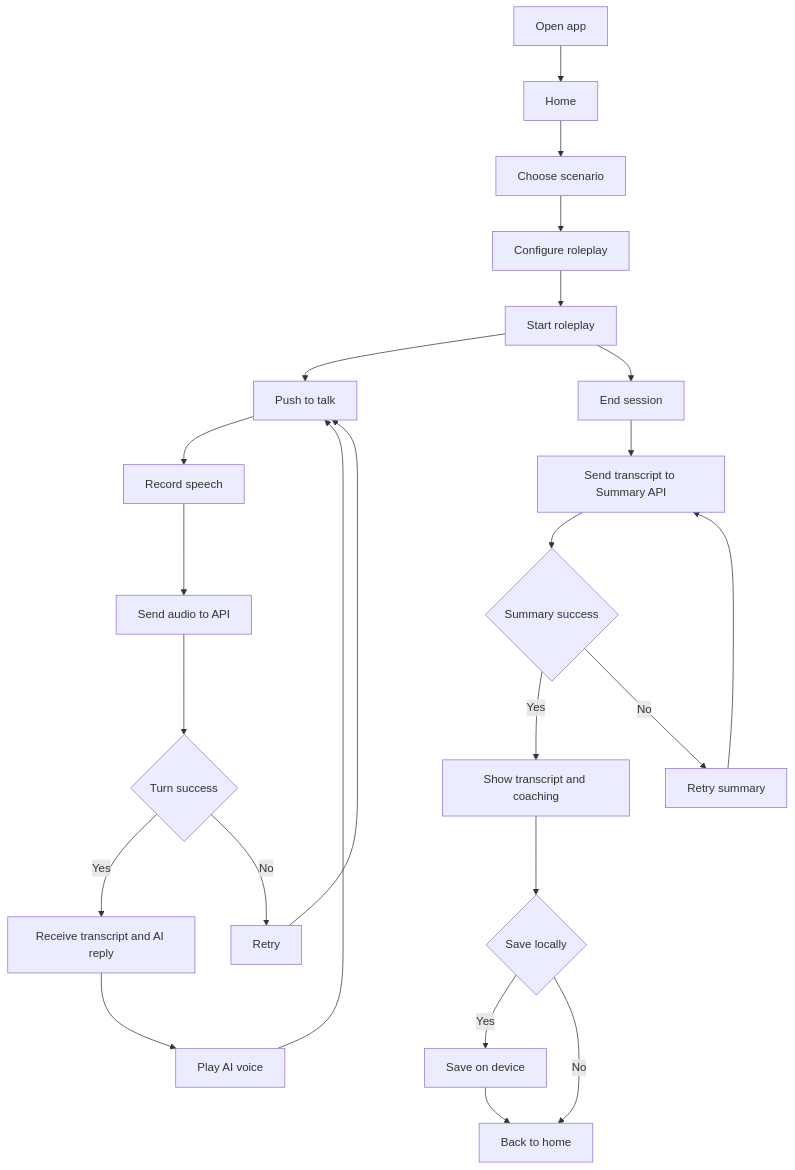
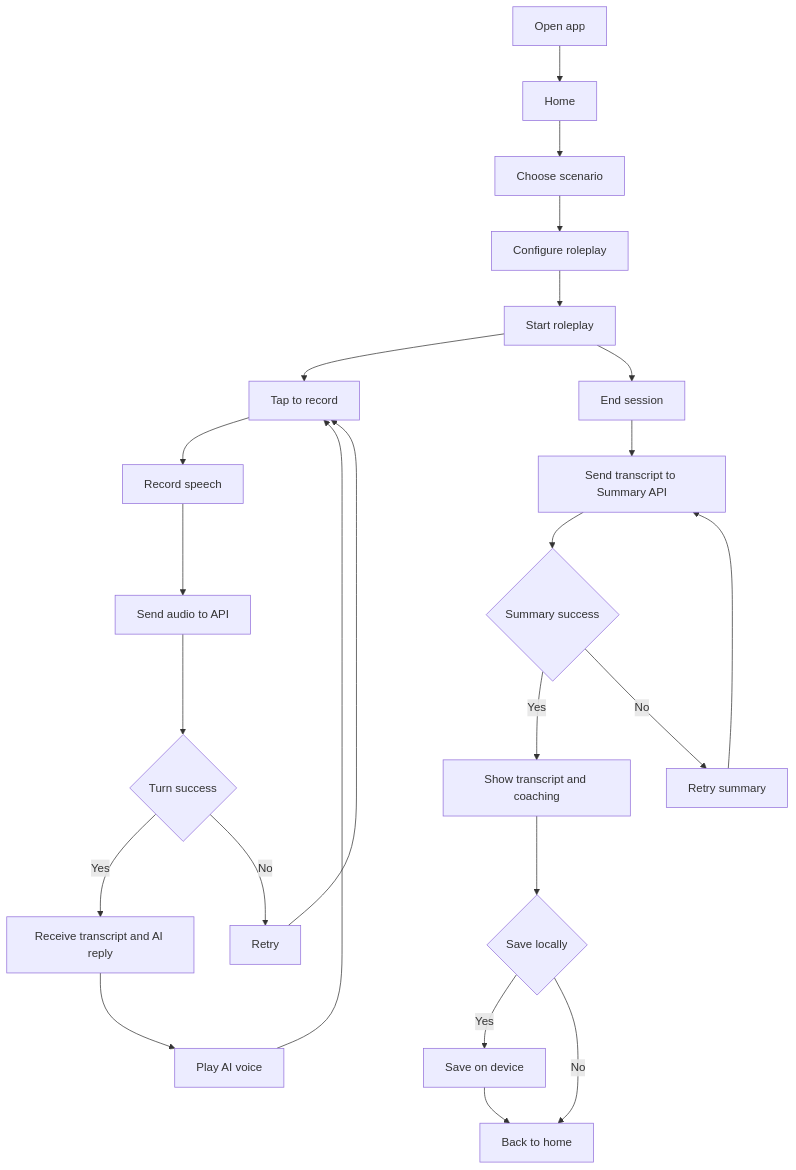
The first of 4 diagrams in shadow-frontend/docs/NEWcore-diagrams.md (d00375828/SeniorProject), drawn with Mermaid before and after one commit. The commit also changed other lines of this file and 16 other files, not shown here.

````diff
--- a/shadow-frontend/docs/NEWcore-diagrams.md
+++ b/shadow-frontend/docs/NEWcore-diagrams.md
@@ -5,33 +5,33 @@
 ```mermaid
 flowchart TD
     A[Open app] --> B[Home]
 
     B --> C[Choose scenario]
     C --> D[Configure roleplay]
     D --> E[Start roleplay]
 
-    E --> F[Push to talk]
+    E --> F[Tap to record]
     F --> G[Record speech]
     G --> H[Send audio to API]
     H --> I{Turn success}
 
     I -- Yes --> J[Receive transcript and AI reply]
     J --> K[Play AI voice]
     K --> F
 
     I -- No --> L[Retry]
     L --> F
 
     E --> M[End session]
     M --> N[Send transcript to Summary API]
     N --> O{Summary success}
 
     O -- Yes --> P[Show transcript and coaching]
     O -- No --> Q[Retry summary]
     Q --> N
 
     P --> R{Save locally}
     R -- Yes --> S[Save on device]
     R -- No --> T[Back to home]
     S --> T
 ```
````
